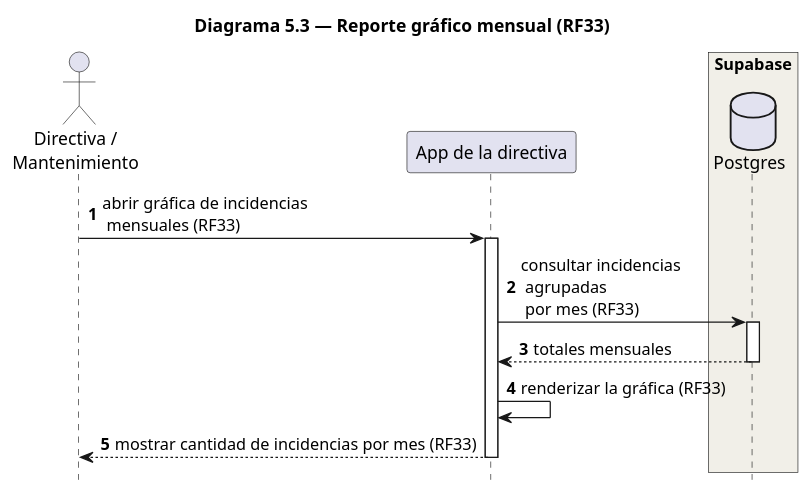
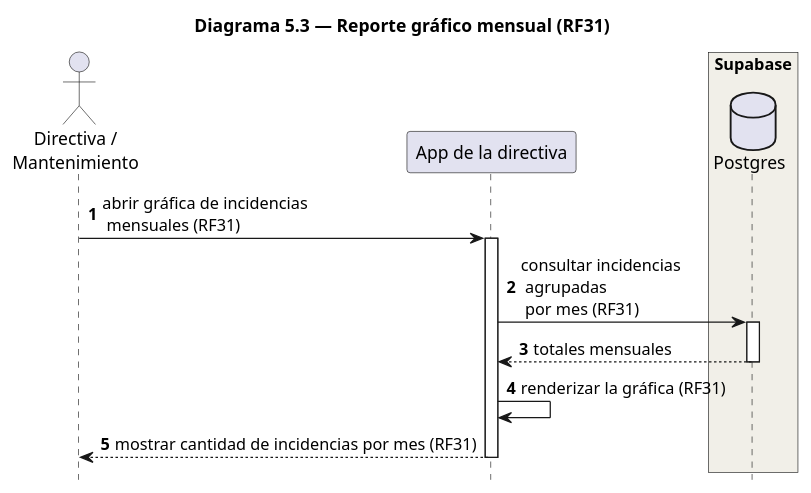
Before and after one commit to liusamfung/neighborgood-project: the diagram in docs/Arquitectura/secuencia/diagrama5_3_reporteMensual.puml, drawn with PlantUML. The commit also changed 10 other files, not shown here.

First line of the commit message:
Renumera los RF de 1 a 31 en los diagramas de secuencia

```diff
--- a/docs/Arquitectura/secuencia/diagrama5_3_reporteMensual.puml
+++ b/docs/Arquitectura/secuencia/diagrama5_3_reporteMensual.puml
@@ -1,23 +1,23 @@
 @startuml Diagrama5_3_ReporteMensual
-title Diagrama 5.3 — Reporte gráfico mensual (RF33)
+title Diagrama 5.3 — Reporte gráfico mensual (RF31)
 
 hide footbox
 autonumber
 
 actor "Directiva /\nMantenimiento" as ADM
 participant "App de la directiva" as APPA
 
 box "Supabase" #F1EFE8
     database "Postgres" as DB
 end box
 
-ADM -> APPA : abrir gráfica de incidencias \n mensuales (RF33)
+ADM -> APPA : abrir gráfica de incidencias \n mensuales (RF31)
 activate APPA
-APPA -> DB : consultar incidencias \n agrupadas\n por mes (RF33)
+APPA -> DB : consultar incidencias \n agrupadas\n por mes (RF31)
 activate DB
 DB --> APPA : totales mensuales
 deactivate DB
-APPA -> APPA : renderizar la gráfica (RF33)
-APPA --> ADM : mostrar cantidad de incidencias por mes (RF33)
+APPA -> APPA : renderizar la gráfica (RF31)
+APPA --> ADM : mostrar cantidad de incidencias por mes (RF31)
 deactivate APPA
 @enduml
```
